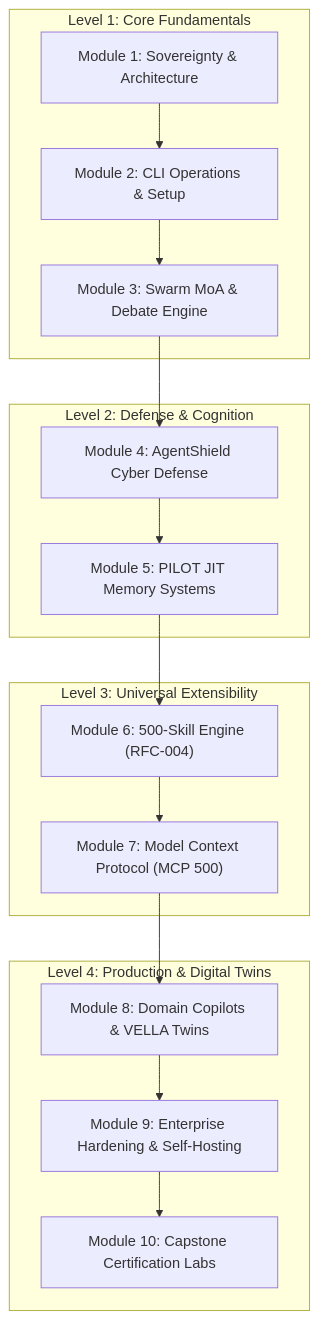
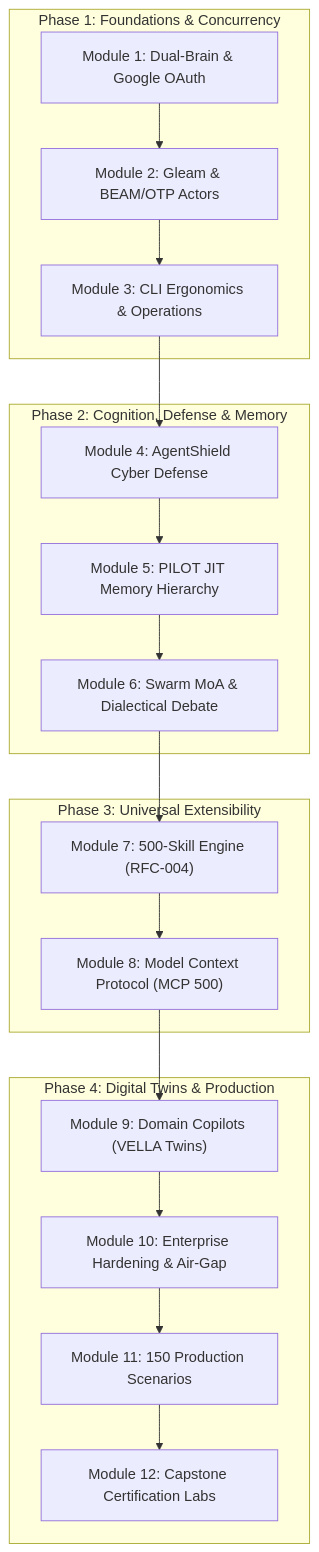
Before and after one commit to CharleGutierrez/tagisan: the first of 5 diagrams in docs/TGS_MASTERCLASS_COURSE.md, drawn with Mermaid. The commit also changed other lines of this file and 4 other files, not shown here.

Commit message:
docs: rewrite TGS Master Class Course with all ecosystem features, 150 scenarios, diagrams, and 32-page publication PDF

````diff
--- a/docs/TGS_MASTERCLASS_COURSE.md
+++ b/docs/TGS_MASTERCLASS_COURSE.md
@@ -33,23 +35,22 @@
 ```mermaid
 flowchart TD
-    subgraph Core [Level 1: Core Fundamentals]
-        M1["Module 1: Sovereignty & Architecture"] --> M2["Module 2: CLI Operations & Setup"]
-        M2 --> M3["Module 3: Swarm MoA & Debate Engine"]
+    subgraph Foundations [Phase 1: Foundations & Concurrency]
+        M1["Module 1: Dual-Brain & Google OAuth"] --> M2["Module 2: Gleam & BEAM/OTP Actors"]
+        M2 --> M3["Module 3: CLI Ergonomics & Operations"]
     end
-
-    subgraph DefenseAndMemory [Level 2: Defense & Cognition]
+    subgraph CognitionAndDefense [Phase 2: Cognition, Defense & Memory]
         M3 --> M4["Module 4: AgentShield Cyber Defense"]
-        M4 --> M5["Module 5: PILOT JIT Memory Systems"]
+        M4 --> M5["Module 5: PILOT JIT Memory Hierarchy"]
+        M5 --> M6["Module 6: Swarm MoA & Dialectical Debate"]
     end
-
-    subgraph Extensibility [Level 3: Universal Extensibility]
-        M5 --> M6["Module 6: 500-Skill Engine (RFC-004)"]
-        M6 --> M7["Module 7: Model Context Protocol (MCP 500)"]
+    subgraph Extensibility [Phase 3: Universal Extensibility]
+        M6 --> M7["Module 7: 500-Skill Engine (RFC-004)"]
+        M7 --> M8["Module 8: Model Context Protocol (MCP 500)"]
     end
-
-    subgraph SpecializedAndProduction [Level 4: Production & Digital Twins]
-        M7 --> M8["Module 8: Domain Copilots & VELLA Twins"]
-        M8 --> M9["Module 9: Enterprise Hardening & Self-Hosting"]
-        M9 --> M10["Module 10: Capstone Certification Labs"]
+    subgraph Production [Phase 4: Digital Twins & Production]
+        M8 --> M9["Module 9: Domain Copilots (VELLA Twins)"]
+        M9 --> M10["Module 10: Enterprise Hardening & Air-Gap"]
+        M10 --> M11["Module 11: 150 Production Scenarios"]
+        M11 --> M12["Module 12: Capstone Certification Labs"]
     end
 ```
````
